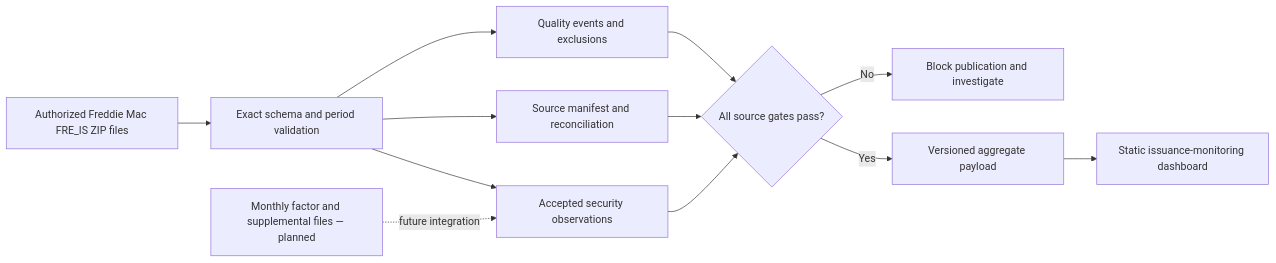
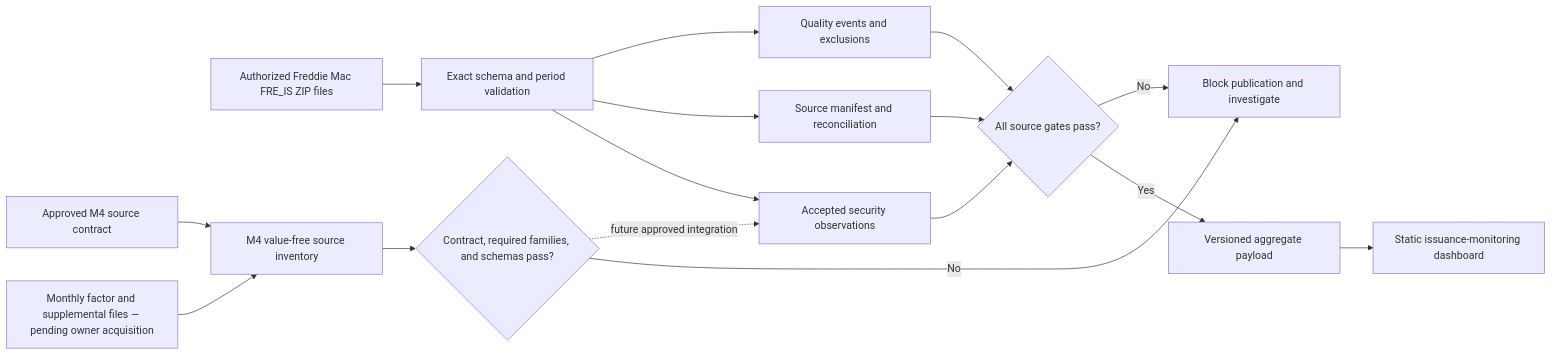
One commit to vaibhavkhuranaaa/freddie-mac-mbs-disclosure-analytics changed the diagram in architecture/system.mmd. Above: the diagram before and after it, drawn with Mermaid. The commit also changed 9 other files, not shown here.

Commit message:
feat: add governed factor source intake

```diff
--- a/architecture/system.mmd
+++ b/architecture/system.mmd
@@ -1,12 +1,16 @@
 flowchart LR
   A[Authorized Freddie Mac FRE_IS ZIP files] --> B[Exact schema and period validation]
   B --> C[Accepted security observations]
   B --> D[Source manifest and reconciliation]
   B --> Q[Quality events and exclusions]
   C --> G{All source gates pass?}
   D --> G
   Q --> G
   G -->|Yes| E[Versioned aggregate payload]
   G -->|No| X[Block publication and investigate]
   E --> F[Static issuance-monitoring dashboard]
-  H[Monthly factor and supplemental files — planned] -. future integration .-> C
+  H[Monthly factor and supplemental files — pending owner acquisition] --> I[M4 value-free source inventory]
+  J[Approved M4 source contract] --> I
+  I --> K{Contract, required families, and schemas pass?}
+  K -->|No| X
+  K -. future approved integration .-> C
```
